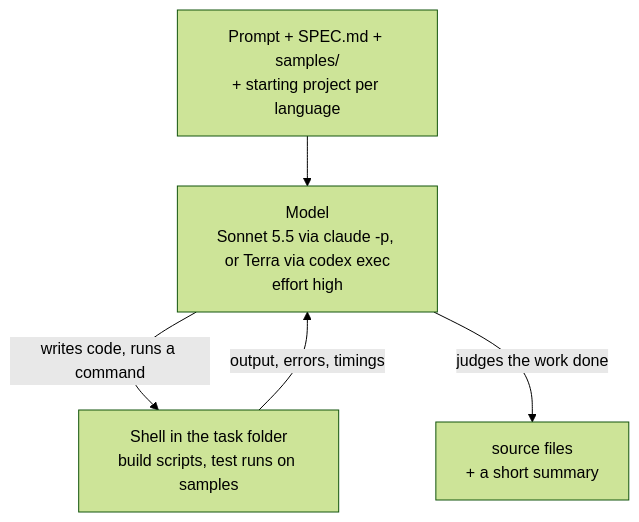
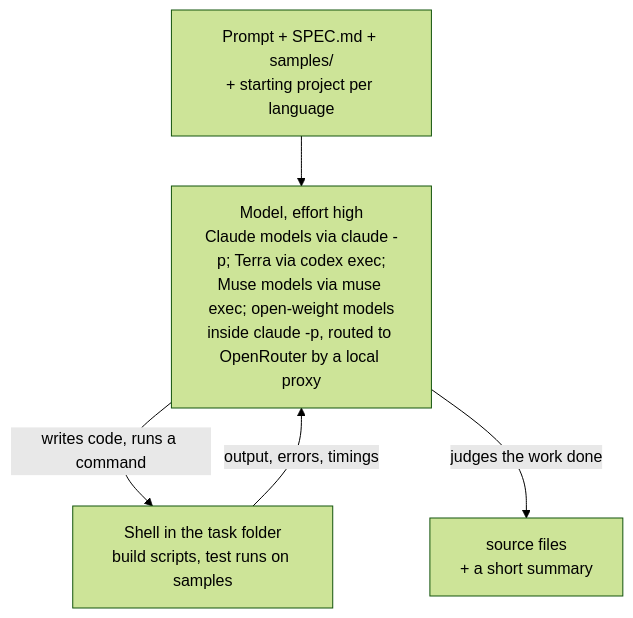
The second of 2 diagrams in notebooks/39-rust-vs-python/README.md (k-sandhu/experiment-notebooks), drawn with Mermaid (forest theme) before and after one commit. The commit also changed other lines of this file and 341 other files, not shown here.

````diff
--- a/notebooks/39-rust-vs-python/README.md
+++ b/notebooks/39-rust-vs-python/README.md
@@ -213,7 +225,7 @@
 ```mermaid
 flowchart TD
-    p["Prompt + SPEC.md + samples/<br/>+ starting project per language"] --> m["Model<br/>Sonnet 5.5 via claude -p, or Terra via codex exec<br/>effort high"]
+    p["Prompt + SPEC.md + samples/<br/>+ starting project per language"] --> m["Model, effort high<br/>Claude models via claude -p; Terra via codex exec;<br/>Muse models via muse exec; open-weight models<br/>inside claude -p, routed to OpenRouter by a local proxy"]
     m -->|"writes code, runs a command"| t["Shell in the task folder<br/>build scripts, test runs on samples"]
     t -->|"output, errors, timings"| m
     m -->|"judges the work done"| out["source files<br/>+ a short summary"]
 ```
````
